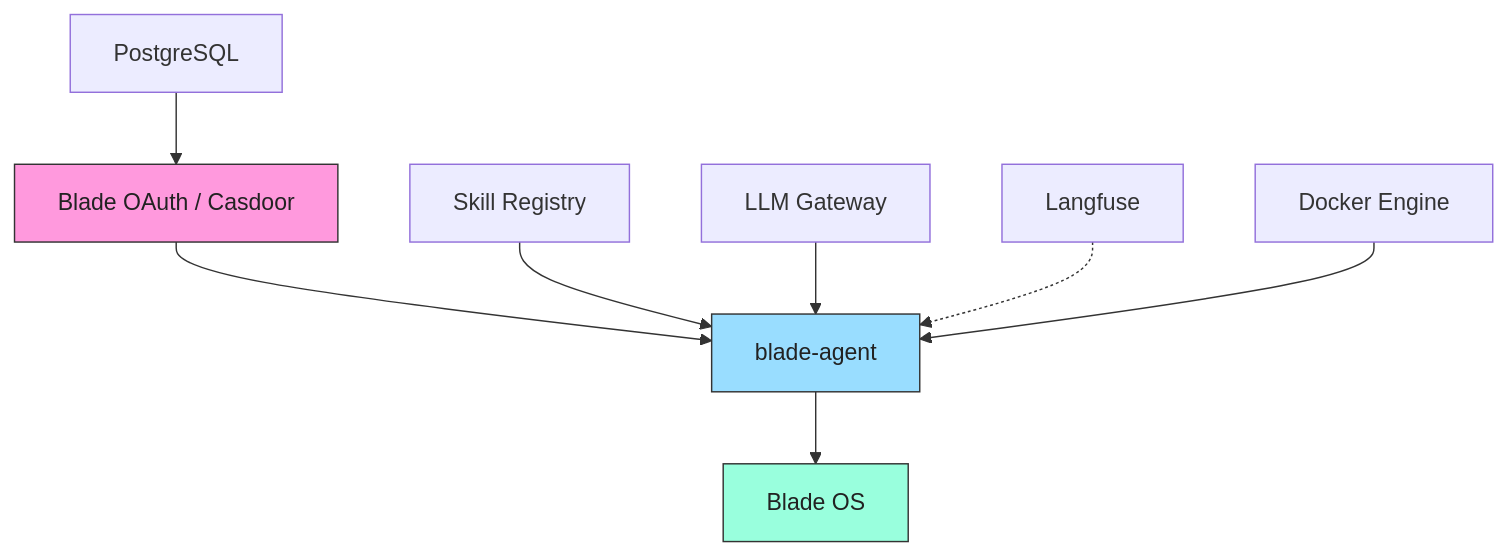
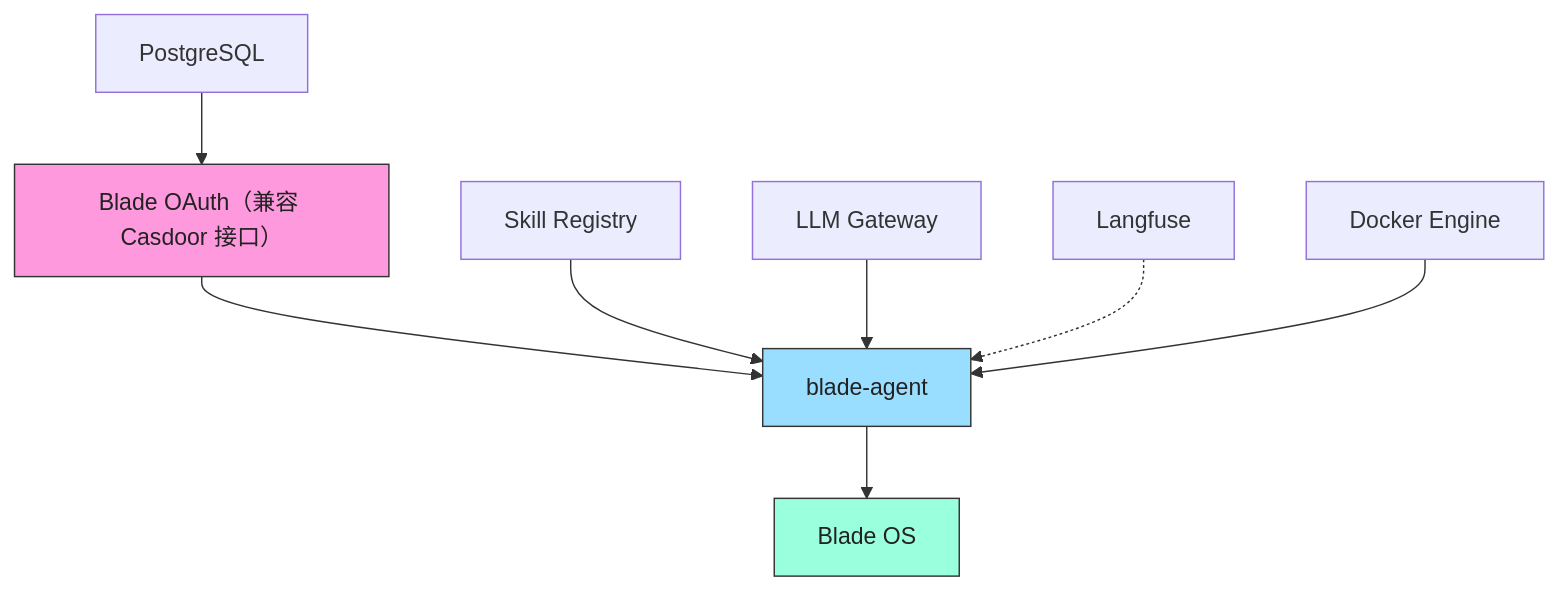
One commit to blade-hq/public-docs changed the diagram in src/content/docs/ops/docker.md. Above: the diagram before and after it, drawn with Mermaid. The commit also changed other lines of this file and 5 other files, not shown here.

````diff
--- a/src/content/docs/ops/docker.md
+++ b/src/content/docs/ops/docker.md
@@ -8,14 +8,14 @@
 ```mermaid
 graph TD
-    A[Blade OAuth / Casdoor] --> C[blade-agent]
+    A[Blade OAuth（兼容 Casdoor 接口）] --> C[blade-agent]
     B[Skill Registry] --> C
     C --> D[Blade OS]
     E[LLM Gateway] --> C
     F[Langfuse] -.-> C
     G[PostgreSQL] --> A
     H[Docker Engine] --> C
 
     style A fill:#f9d,stroke:#333,color:#222
     style C fill:#9df,stroke:#333,color:#222
     style D fill:#9fd,stroke:#333,color:#222
 ```
````
